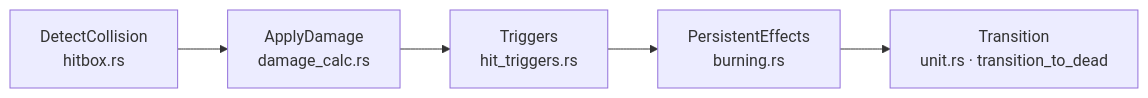
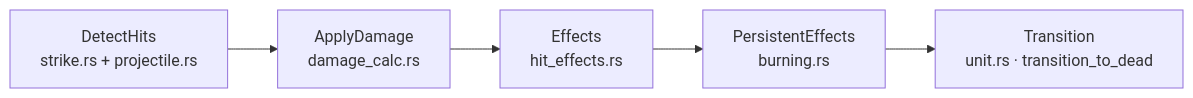
The eighth of 12 diagrams in doc/skill-system.md (seekerlee/percussion), drawn with Mermaid before and after one commit. The commit also changed other lines of this file, not shown here.

Commit message:
重写 doc/skill-system.md：同步到当前 Strike / CandidateSet / DamagePipeline

````diff
--- a/doc/skill-system.md
+++ b/doc/skill-system.md
@@ -259,7 +566,7 @@
 ```mermaid
 flowchart LR
-    A[DetectCollision<br/>hitbox.rs] --> B[ApplyDamage<br/>damage_calc.rs]
-    B --> C[Triggers<br/>hit_triggers.rs]
+    A[DetectHits<br/>strike.rs + projectile.rs] --> B[ApplyDamage<br/>damage_calc.rs]
+    B --> C[Effects<br/>hit_effects.rs]
     C --> D[PersistentEffects<br/>burning.rs]
     D --> E[Transition<br/>unit.rs · transition_to_dead]
 ```
````
